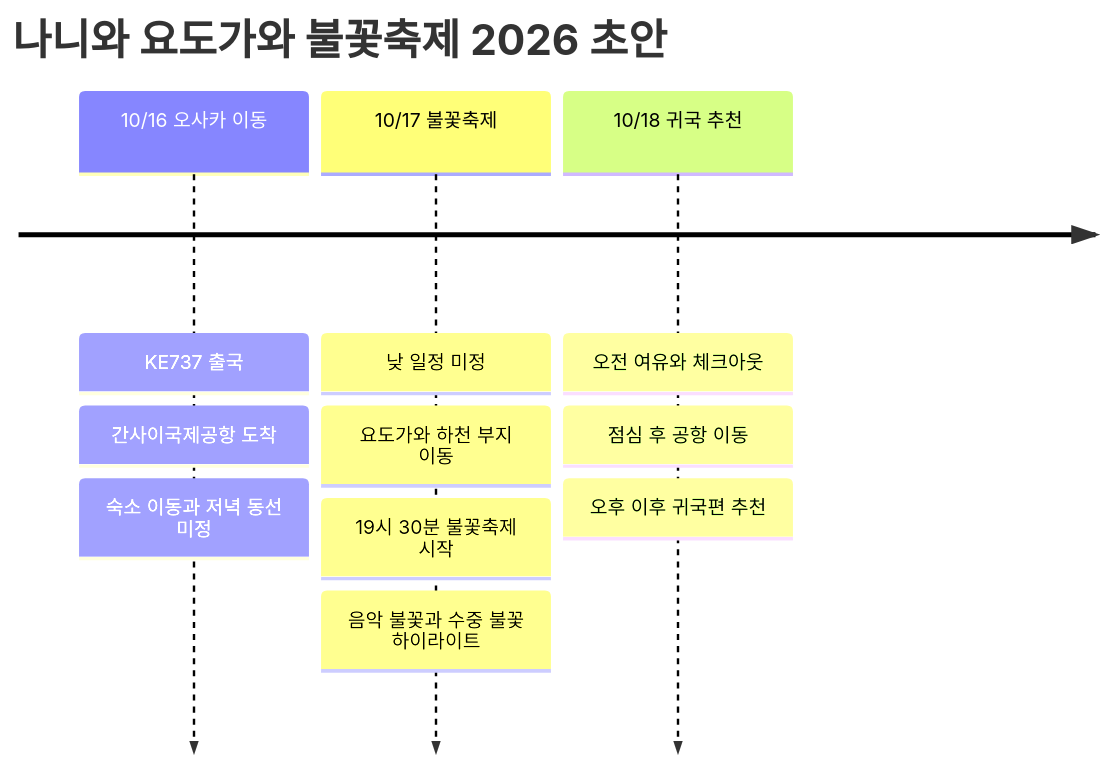
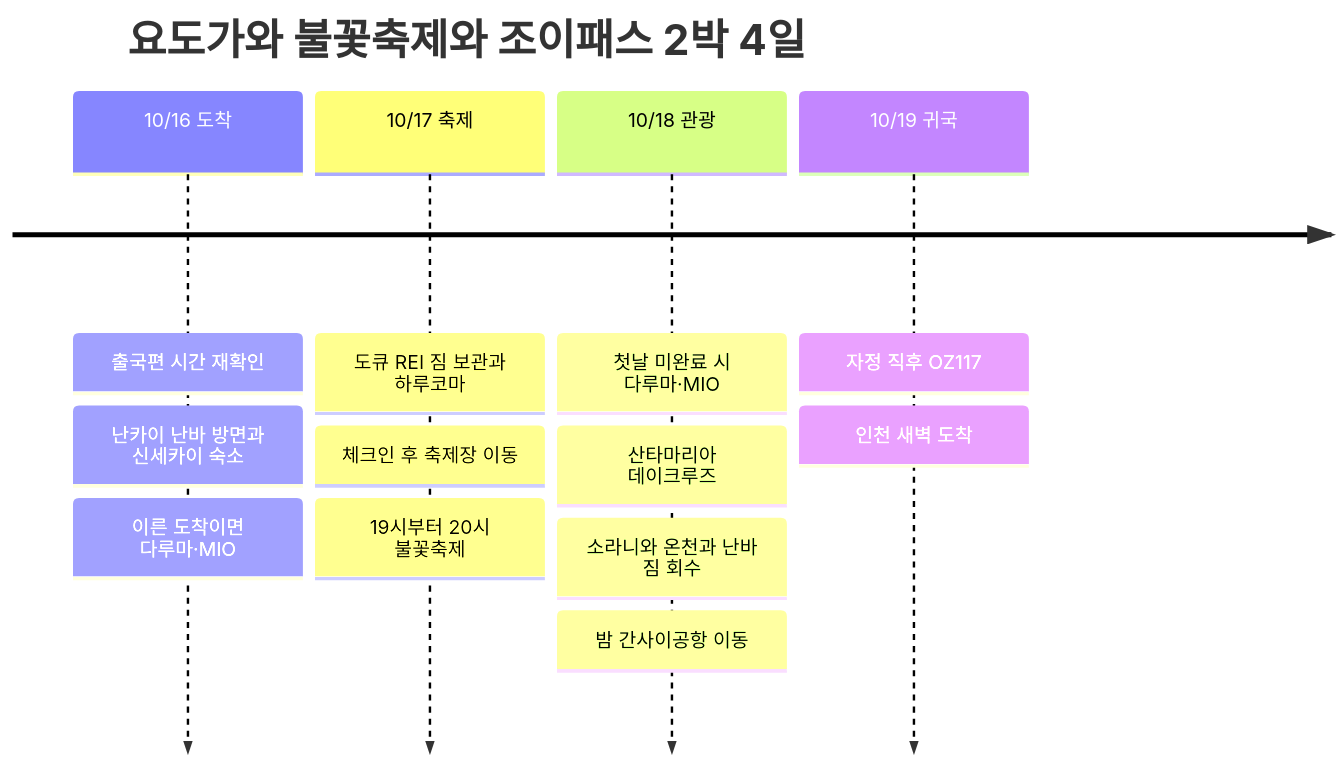
The diagram in src/content/posts/2026-10-16-osaka-yodogawa-fireworks.md (gongdongho12/commit-map), drawn with Mermaid before and after one commit. The commit also changed other lines of this file and 2 other files, not shown here.

````diff
--- a/src/content/posts/2026-10-16-osaka-yodogawa-fireworks.md
+++ b/src/content/posts/2026-10-16-osaka-yodogawa-fireworks.md
@@ -83,14 +182,16 @@
 ```mermaid
 timeline
-  title 나니와 요도가와 불꽃축제 2026 초안
-  10/16 오사카 이동 : KE737 출국
-                    : 간사이국제공항 도착
-                    : 숙소 이동과 저녁 동선 미정
-  10/17 불꽃축제 : 낮 일정 미정
-                : 요도가와 하천 부지 이동
-                : 19시 30분 불꽃축제 시작
-                : 음악 불꽃과 수중 불꽃 하이라이트
-  10/18 귀국 추천 : 오전 여유와 체크아웃
-                  : 점심 후 공항 이동
-                  : 오후 이후 귀국편 추천
+  title 요도가와 불꽃축제와 조이패스 2박 4일
+  10/16 도착 : 출국편 시간 재확인
+              : 난카이 난바 방면과 신세카이 숙소
+              : 이른 도착이면 다루마·MIO
+  10/17 축제 : 도큐 REI 짐 보관과 하루코마
+              : 체크인 후 축제장 이동
+              : 19시부터 20시 불꽃축제
+  10/18 관광 : 첫날 미완료 시 다루마·MIO
+              : 산타마리아 데이크루즈
+              : 소라니와 온천과 난바 짐 회수
+              : 밤 간사이공항 이동
+  10/19 귀국 : 자정 직후 OZ117
+              : 인천 새벽 도착
 ```
````
